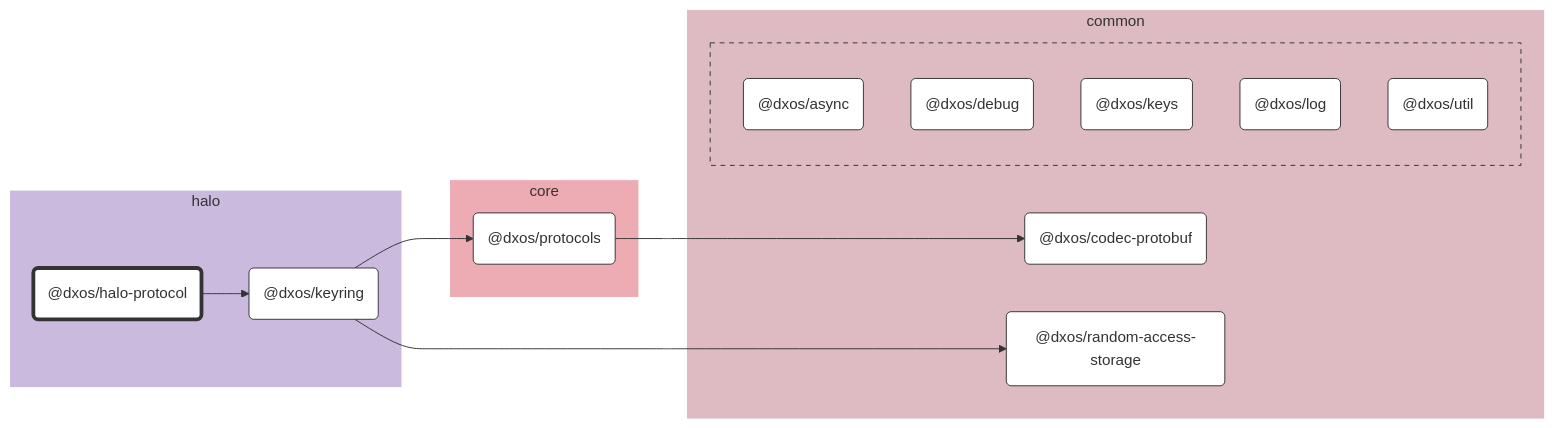
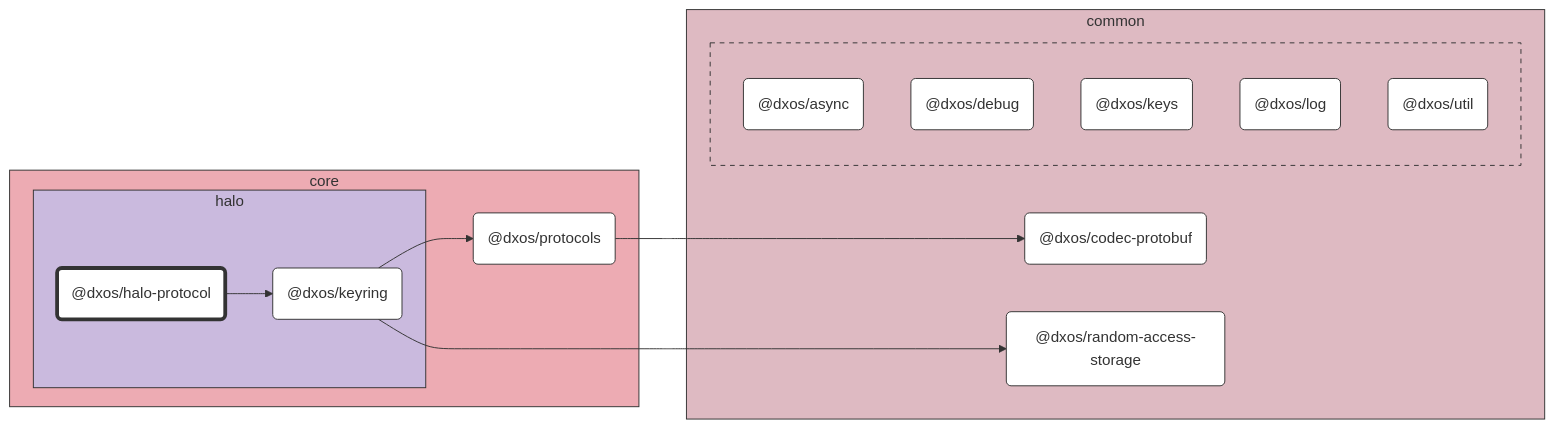
The diagram in packages/core/halo/halo-protocol/docs/README.md (dxos/dxos), drawn with Mermaid before and after one commit. The commit also changed 89 other files, not shown here.

````diff
--- a/packages/core/halo/halo-protocol/docs/README.md
+++ b/packages/core/halo/halo-protocol/docs/README.md
@@ -7,54 +7,54 @@
 ```mermaid
 %%{ init: {'flowchart':{'curve':'basis'}} }%%
 
 flowchart LR
 
 %% Classes
 classDef def fill:#fff,stroke:#333,stroke-width:1px
 classDef root fill:#fff,stroke:#333,stroke-width:4px
 
 %% Nodes
 
-subgraph halo [halo]
-  style halo fill:#cabade,stroke:#fff
-  dxos/halo-protocol("@dxos/halo-protocol"):::root
-  click dxos/halo-protocol "dxos/dxos/tree/main/packages/core/halo/halo-protocol/docs"
-  dxos/keyring("@dxos/keyring"):::def
-  click dxos/keyring "dxos/dxos/tree/main/packages/core/halo/keyring/docs"
+subgraph core [core]
+  style core fill:#edabb3,stroke:#333
+  dxos/protocols("@dxos/protocols"):::def
+  click dxos/protocols "dxos/dxos/tree/main/packages/core/protocols/docs"
+
+  subgraph halo [halo]
+    style halo fill:#cabade,stroke:#333
+    dxos/halo-protocol("@dxos/halo-protocol"):::root
+    click dxos/halo-protocol "dxos/dxos/tree/main/packages/core/halo/halo-protocol/docs"
+    dxos/keyring("@dxos/keyring"):::def
+    click dxos/keyring "dxos/dxos/tree/main/packages/core/halo/keyring/docs"
+  end
 end
 
 subgraph common [common]
-  style common fill:#debac2,stroke:#fff
+  style common fill:#debac2,stroke:#333
   dxos/codec-protobuf("@dxos/codec-protobuf"):::def
   click dxos/codec-protobuf "dxos/dxos/tree/main/packages/common/codec-protobuf/docs"
   dxos/random-access-storage("@dxos/random-access-storage"):::def
   click dxos/random-access-storage "dxos/dxos/tree/main/packages/common/random-access-storage/docs"
 
-  subgraph common-excluded [ ]
-    style common-excluded fill:#debac2,stroke:#333,stroke-dasharray:5 5
+  subgraph _ [ ]
+    style _ fill:#debac2,stroke:#333,stroke-dasharray:5 5
     dxos/async("@dxos/async"):::def
     click dxos/async "dxos/dxos/tree/main/packages/common/async/docs"
     dxos/debug("@dxos/debug"):::def
     click dxos/debug "dxos/dxos/tree/main/packages/common/debug/docs"
     dxos/keys("@dxos/keys"):::def
     click dxos/keys "dxos/dxos/tree/main/packages/common/keys/docs"
     dxos/log("@dxos/log"):::def
     click dxos/log "dxos/dxos/tree/main/packages/common/log/docs"
     dxos/util("@dxos/util"):::def
     click dxos/util "dxos/dxos/tree/main/packages/common/util/docs"
   end
 end
 
-subgraph core [core]
-  style core fill:#edabb3,stroke:#fff
-  dxos/protocols("@dxos/protocols"):::def
-  click dxos/protocols "dxos/dxos/tree/main/packages/core/protocols/docs"
-end
-
 %% Links
 linkStyle default stroke:#333,stroke-width:1px
 dxos/halo-protocol --> dxos/keyring
 dxos/keyring --> dxos/protocols
 dxos/protocols --> dxos/codec-protobuf
 dxos/keyring --> dxos/random-access-storage
 ```
````
